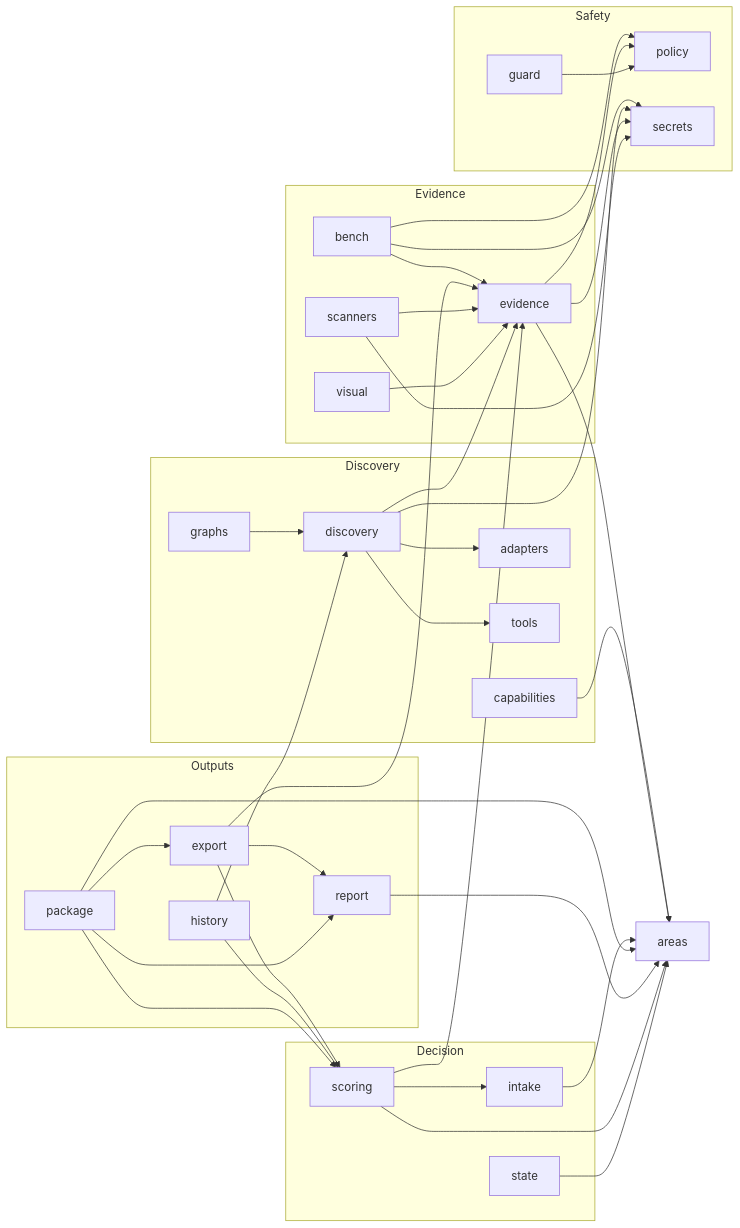
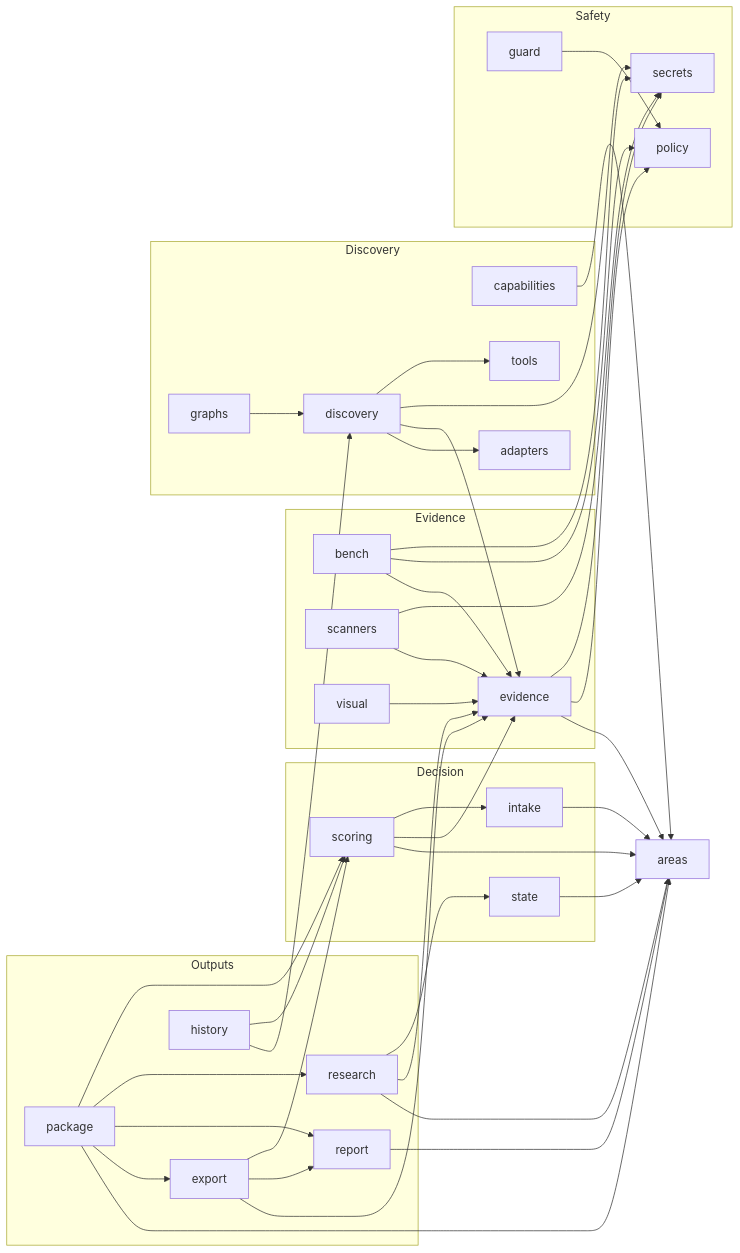
The third of 3 diagrams in README.md (saradchamas/Enterprise-Experts-by-Sara), drawn with Mermaid before and after one commit. The commit also changed other lines of this file and 16 other files, not shown here.

````diff
--- a/README.md
+++ b/README.md
@@ -135,51 +137,55 @@
 ```mermaid
 graph LR
     subgraph Outputs
-        package; export; report; history
+        package; export; report; history; research
     end
     subgraph Decision
         scoring; intake; state
     end
     subgraph Evidence
         evidence; bench; scanners; visual
     end
     subgraph Discovery
         discovery; graphs; capabilities; adapters; tools
     end
     subgraph Safety
         guard; policy; secrets
     end
     areas
 
     bench --> evidence
     bench --> policy
     bench --> secrets
     capabilities --> areas
     discovery --> adapters
     discovery --> evidence
     discovery --> secrets
     discovery --> tools
     evidence --> areas
     evidence --> policy
     evidence --> secrets
     export --> evidence
     export --> report
     export --> scoring
     graphs --> discovery
     guard --> policy
     history --> discovery
     history --> scoring
     intake --> areas
     package --> areas
     package --> export
     package --> report
+    package --> research
     package --> scoring
     report --> areas
+    research --> areas
+    research --> evidence
+    research --> state
     scanners --> evidence
     scanners --> secrets
     scoring --> areas
     scoring --> evidence
     scoring --> intake
     state --> areas
     visual --> evidence
 ```
````
